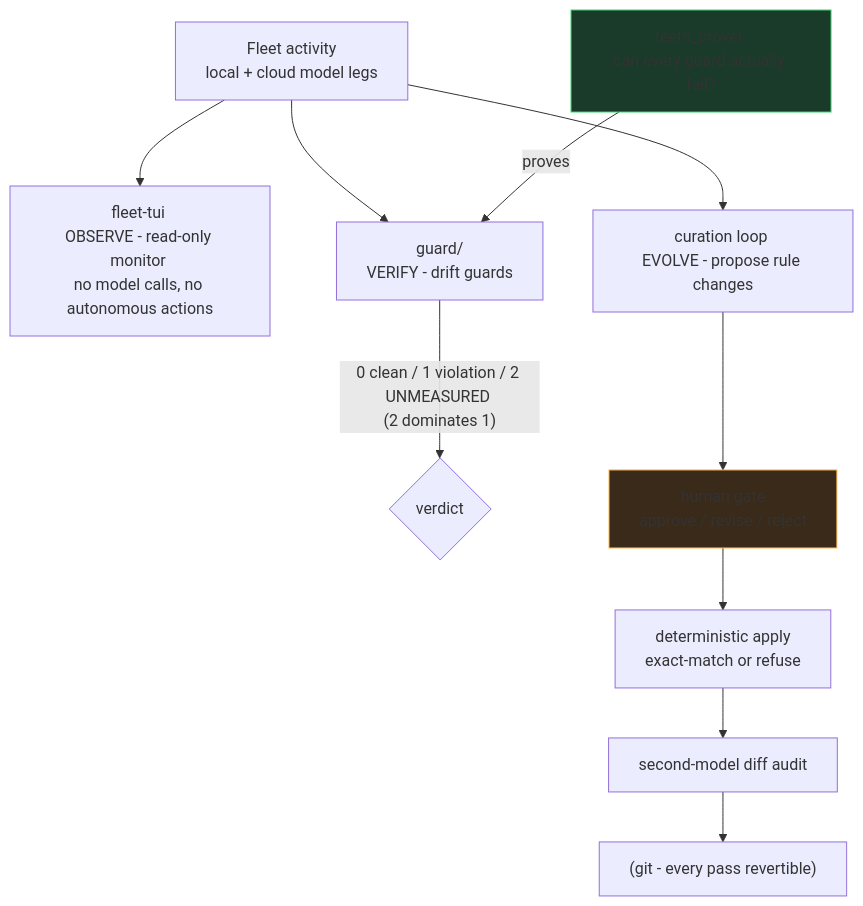
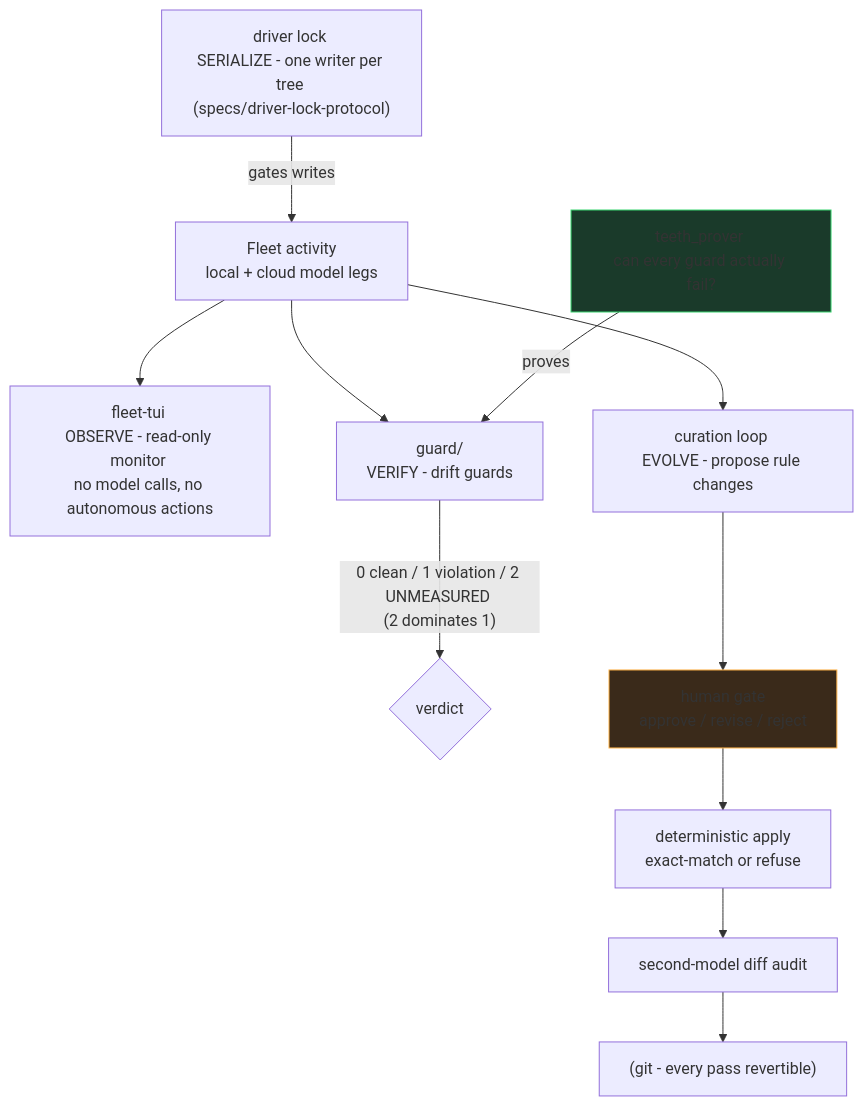
Before and after one commit to sherifican/Agent-FleetOps: the first of 4 diagrams in README.md, drawn with Mermaid. The commit also changed other lines of this file, not shown here.

First line of the commit message:
readme: add the driver lock to the architecture diagram

````diff
--- a/README.md
+++ b/README.md
@@ -14,12 +14,13 @@
 ```mermaid
 flowchart TD
     W["Fleet activity <br/>local + cloud model legs"] --> T["fleet-tui <br/>OBSERVE - read-only monitor <br/>no model calls, no autonomous actions"]
+    L["driver lock <br/>SERIALIZE - one writer per tree <br/>(specs/driver-lock-protocol)"] -->|gates writes| W
     W --> G["guard/ <br/>VERIFY - drift guards"]
     TP["teeth_prover <br/>can every guard actually fail?"] -->|proves| G
     G -->|"0 clean / 1 violation / 2 UNMEASURED <br/>(2 dominates 1)"| V{verdict}
     W --> C["curation loop <br/>EVOLVE - propose rule changes"]
     C --> H["human gate <br/>approve / revise / reject"]
     H --> A["deterministic apply <br/>exact-match or refuse"] --> D["second-model diff audit"] --> R["(git - every pass revertible)"]
     style TP fill:#1a3a2a,stroke:#39d36f
     style H fill:#3a2a1a,stroke:#ffb347
 ```
````
